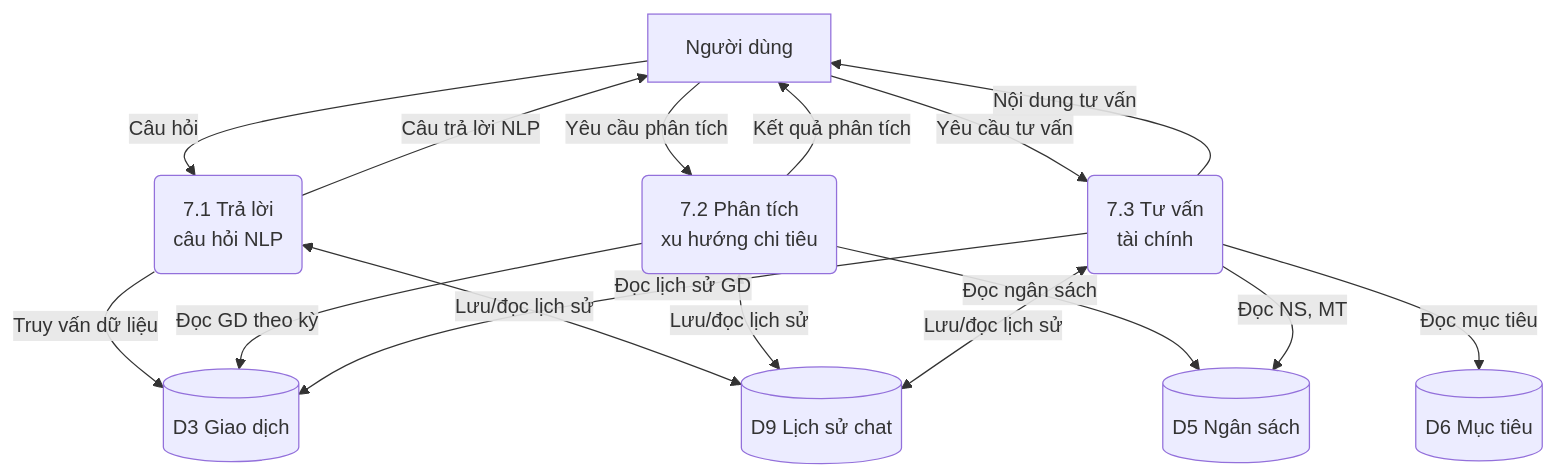
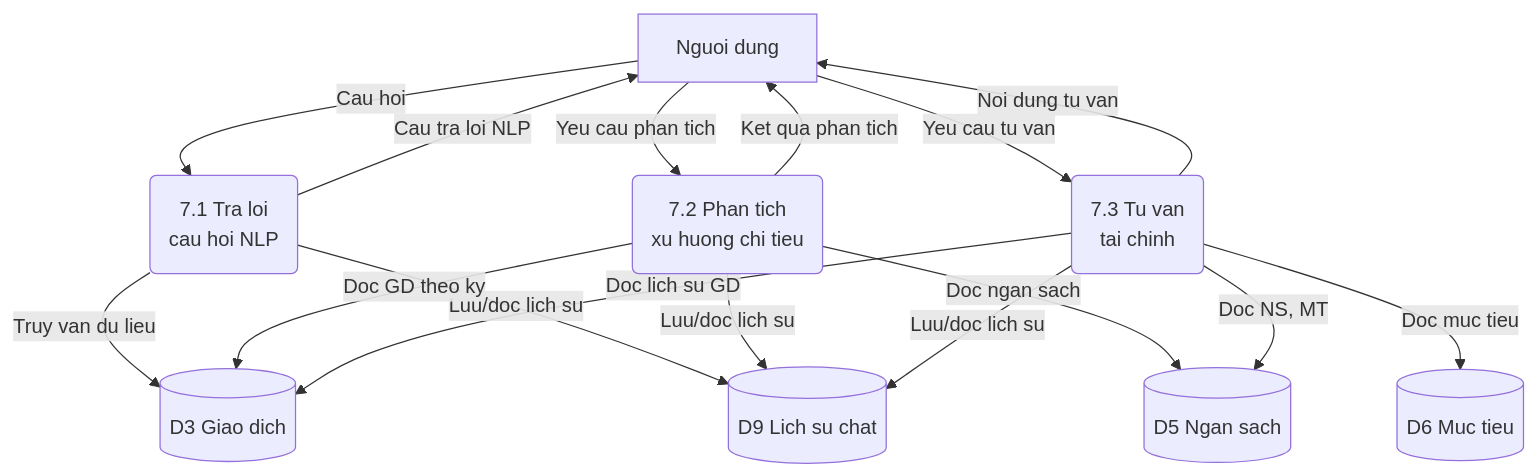
One commit to Hieu-vn/Graduation-Thesis changed the ninth of 10 diagrams in DFD_Diagrams.md. Above: the diagram before and after it, drawn with Mermaid. The commit also changed other lines of this file, not shown here.

Commit message:
docs: Update DFD diagrams.

````diff
--- a/DFD_Diagrams.md
+++ b/DFD_Diagrams.md
@@ -449,30 +469,30 @@
 ```mermaid
 flowchart TB
-    ND["Người dùng"]
-    D3[("D3 Giao dịch")]
-    D5[("D5 Ngân sách")]
-    D6[("D6 Mục tiêu")]
-    D9[("D9 Lịch sử chat")]
+    ND["Nguoi dung"]
+    D3[("D3 Giao dich")]
+    D5[("D5 Ngan sach")]
+    D6[("D6 Muc tieu")]
+    D9[("D9 Lich su chat")]
 
-    P71("7.1 Trả lời<br/>câu hỏi NLP")
-    P72("7.2 Phân tích<br/>xu hướng chi tiêu")
-    P73("7.3 Tư vấn<br/>tài chính")
+    P71("7.1 Tra loi<br/>cau hoi NLP")
+    P72("7.2 Phan tich<br/>xu huong chi tieu")
+    P73("7.3 Tu van<br/>tai chinh")
 
-    ND -->|"Câu hỏi"| P71
-    P71 -->|"Truy vấn dữ liệu"| D3
-    P71 <-->|"Lưu/đọc lịch sử"| D9
-    P71 -->|"Câu trả lời NLP"| ND
+    ND -->|"Cau hoi"| P71
+    P71 -->|"Truy van du lieu"| D3
+    P71 -->|"Luu/doc lich su"| D9
+    P71 -->|"Cau tra loi NLP"| ND
 
-    ND -->|"Yêu cầu phân tích"| P72
-    P72 -->|"Đọc GD theo kỳ"| D3
-    P72 -->|"Đọc ngân sách"| D5
-    P72 <-->|"Lưu/đọc lịch sử"| D9
-    P72 -->|"Kết quả phân tích"| ND
+    ND -->|"Yeu cau phan tich"| P72
+    P72 -->|"Doc GD theo ky"| D3
+    P72 -->|"Doc ngan sach"| D5
+    P72 -->|"Luu/doc lich su"| D9
+    P72 -->|"Ket qua phan tich"| ND
 
-    ND -->|"Yêu cầu tư vấn"| P73
-    P73 -->|"Đọc lịch sử GD"| D3
-    P73 -->|"Đọc NS, MT"| D5
-    P73 -->|"Đọc mục tiêu"| D6
-    P73 <-->|"Lưu/đọc lịch sử"| D9
-    P73 -->|"Nội dung tư vấn"| ND
+    ND -->|"Yeu cau tu van"| P73
+    P73 -->|"Doc lich su GD"| D3
+    P73 -->|"Doc NS, MT"| D5
+    P73 -->|"Doc muc tieu"| D6
+    P73 -->|"Luu/doc lich su"| D9
+    P73 -->|"Noi dung tu van"| ND
 ```
````
